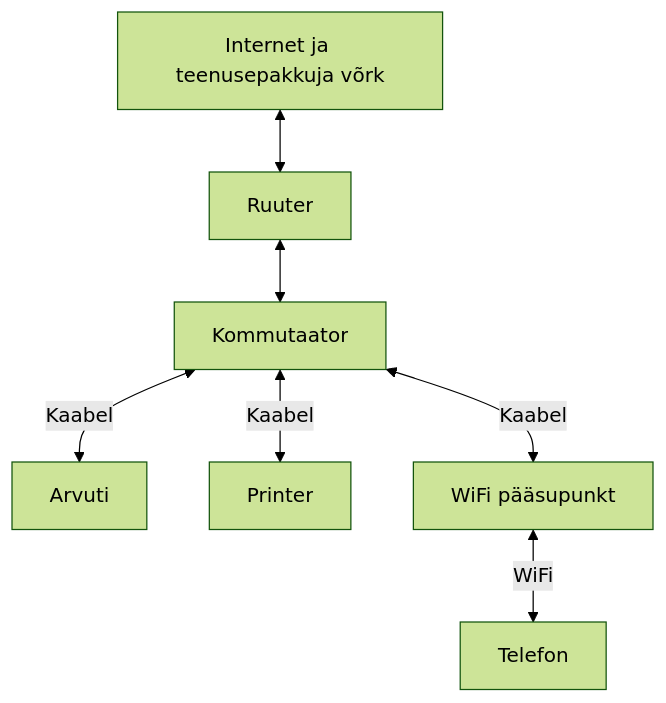
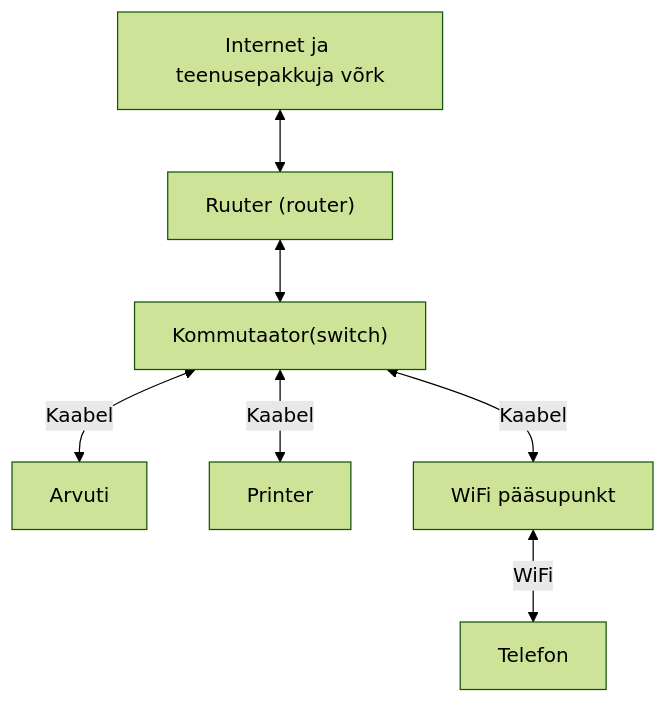
Before and after one commit to priitpaap/priitpaap.github.io: the diagram in docs/valikaine/wifi-ja-vorgud/vorgu-toimimine.md, drawn with Mermaid (forest theme). The commit also changed other lines of this file, not shown here.

Commit message:
Uuendatud vorgu-toimimine.md

````diff
--- a/docs/valikaine/wifi-ja-vorgud/vorgu-toimimine.md
+++ b/docs/valikaine/wifi-ja-vorgud/vorgu-toimimine.md
@@ -71,9 +71,9 @@
 ```mermaid
 flowchart TB
-    I["Internet ja teenusepakkuja võrk"] <--> R["Ruuter"]
-    R <--> S["Kommutaator"]
+    I["Internet ja teenusepakkuja võrk"] <--> R["Ruuter (router)"]
+    R <--> S["Kommutaator(switch)"]
     S <-->|Kaabel| A["Arvuti"]
     S <-->|Kaabel| P["Printer"]
     S <-->|Kaabel| W["WiFi pääsupunkt"]
     W <-->|WiFi| T["Telefon"]
 ```
````
